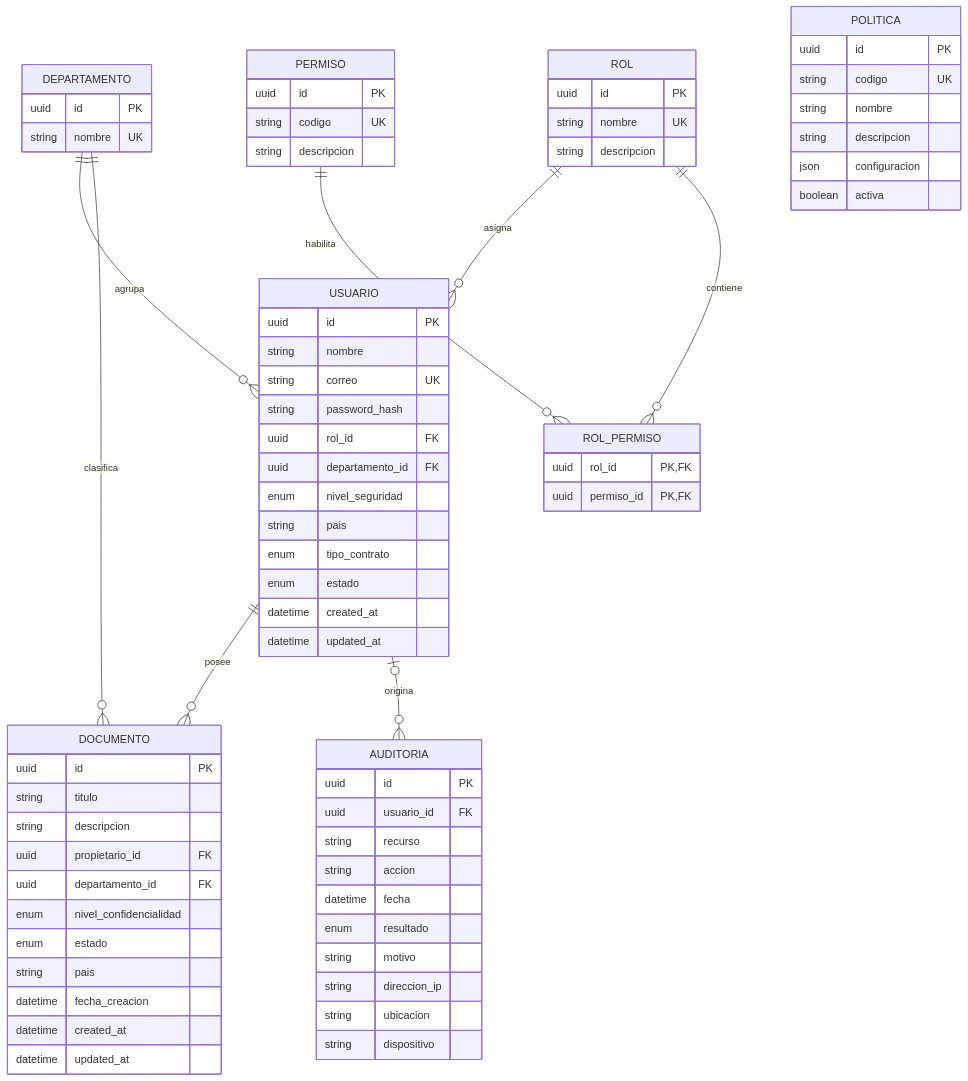
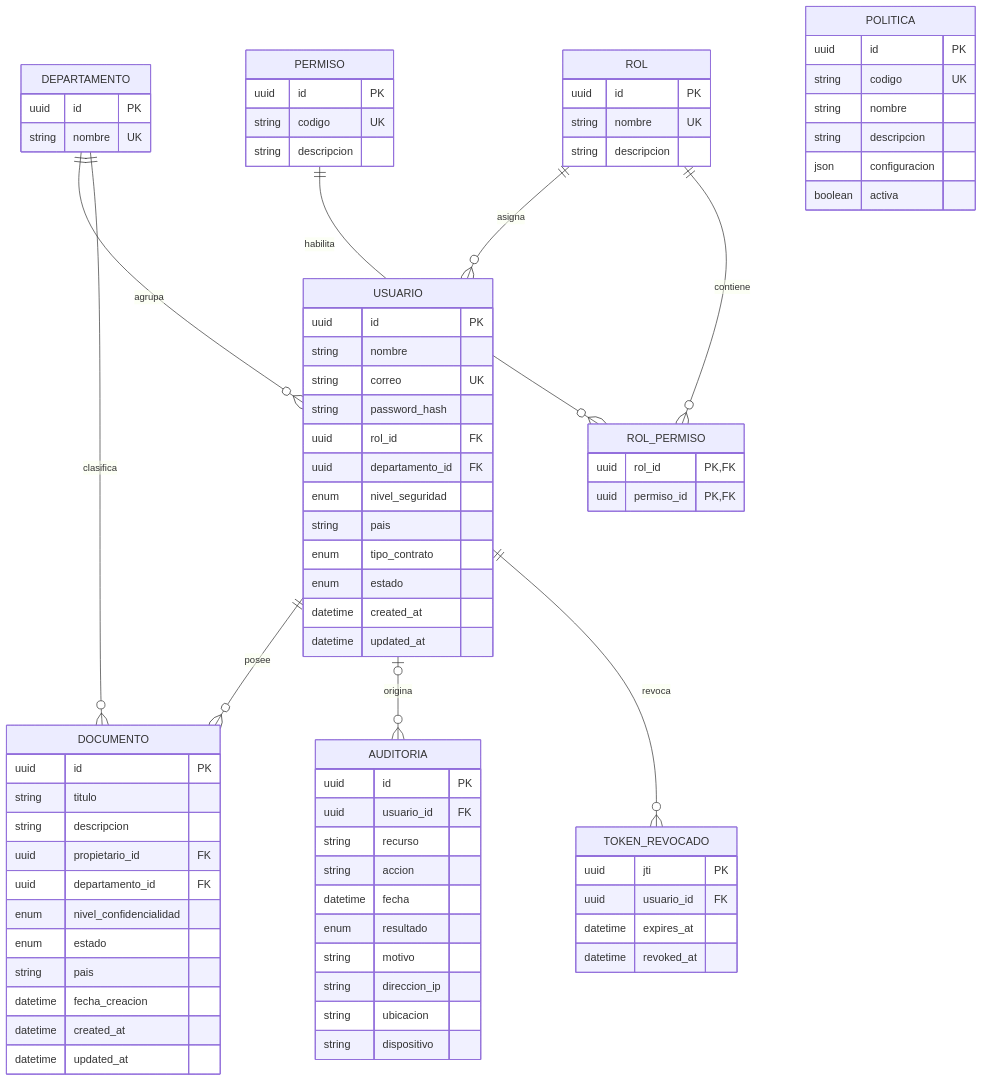
One commit to jort-tec-snt/lab06-cloud-security-dsn changed the diagram in docs/architecture/database-model.md. Above: the diagram before and after it, drawn with Mermaid. The commit also changed other lines of this file and 17 other files, not shown here.

````diff
--- a/docs/architecture/database-model.md
+++ b/docs/architecture/database-model.md
@@ -11,6 +11,7 @@
     PERMISO ||--o{ ROL_PERMISO : habilita
     USUARIO ||--o{ DOCUMENTO : posee
     USUARIO o|--o{ AUDITORIA : origina
+    USUARIO ||--o{ TOKEN_REVOCADO : revoca
 
     DEPARTAMENTO {
         uuid id PK
@@ -77,4 +78,10 @@
         string ubicacion
         string dispositivo
     }
+    TOKEN_REVOCADO {
+        uuid jti PK
+        uuid usuario_id FK
+        datetime expires_at
+        datetime revoked_at
+    }
 ```
````
